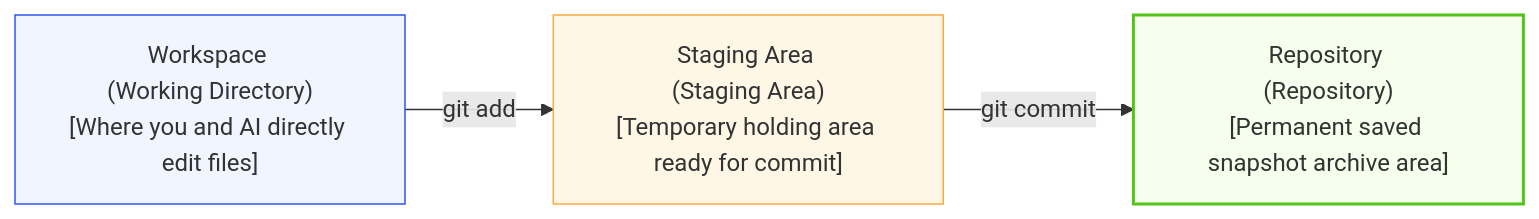
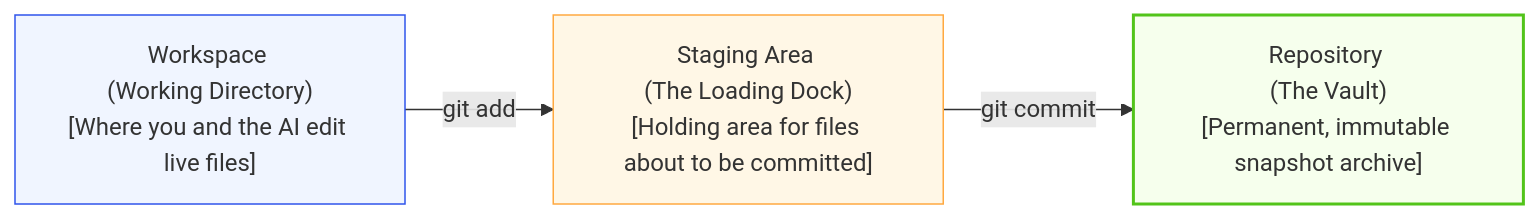
The first of 2 diagrams in i18n/en/docusaurus-plugin-content-docs/current/git_basics.md (ruanqizhen/cocode), drawn with Mermaid before and after one commit. The commit also changed other lines of this file and 41 other files, not shown here.

````diff
--- a/i18n/en/docusaurus-plugin-content-docs/current/git_basics.md
+++ b/i18n/en/docusaurus-plugin-content-docs/current/git_basics.md
@@ -37,10 +38,9 @@
 ```mermaid
 graph LR
-    A["Workspace <br>(Working Directory)<br>[Where you and AI directly edit files]"] -->|git add| B["Staging Area <br>(Staging Area)<br>[Temporary holding area ready for commit]"]
-    B -->|git commit| C["Repository <br>(Repository)<br>[Permanent saved snapshot archive area]"]
+    A["Workspace <br>(Working Directory)<br>[Where you and the AI edit live files]"] -->|git add| B["Staging Area <br>(The Loading Dock)<br>[Holding area for files about to be committed]"]
+    B -->|git commit| C["Repository <br>(The Vault)<br>[Permanent, immutable snapshot archive]"]
 
     style A fill:#f0f5ff,stroke:#2f54eb,stroke-width:1px
     style B fill:#fff7e6,stroke:#ffa940,stroke-width:1px
     style C fill:#f6ffed,stroke:#52c41a,stroke-width:2px
-
 ```
````
